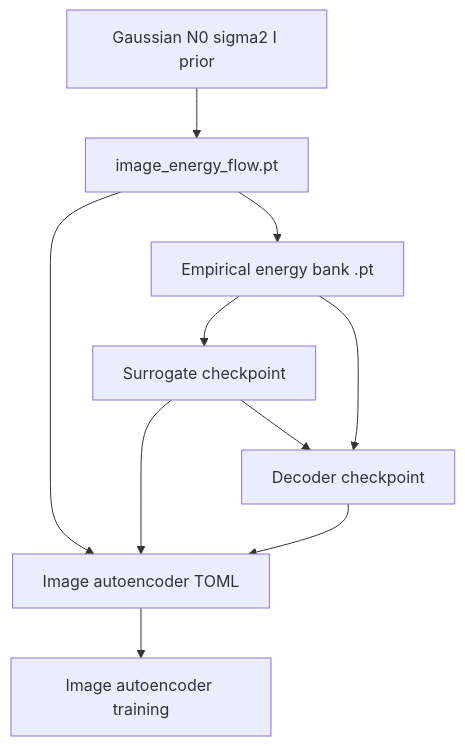
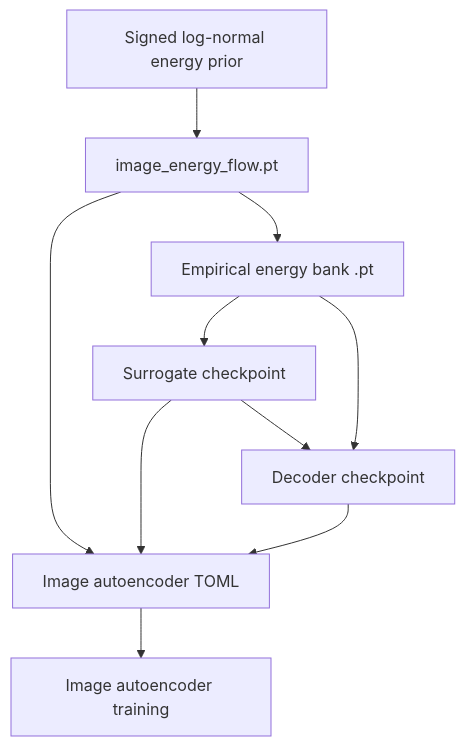
The third of 5 diagrams in doc/training-stack.md (matovitch/lpap), drawn with Mermaid before and after one commit. The commit also changed other lines of this file and 15 other files, not shown here.

First line of the commit message:
Use a signed log-normal energy prior for image_energy_flow.

````diff
--- a/doc/training-stack.md
+++ b/doc/training-stack.md
@@ -70,19 +70,19 @@
 ```mermaid
 flowchart TD
-    gaussian[Gaussian N0 sigma2 I prior]
+    prior[Signed log-normal energy prior]
     flow_ckpt[image_energy_flow.pt]
     energy_bank[Empirical energy bank .pt]
     surrogate_ckpt[Surrogate checkpoint]
     decoder_ckpt[Decoder checkpoint]
     image_autoencoder_config[Image autoencoder TOML]
 
-    gaussian --> flow_ckpt
+    prior --> flow_ckpt
     flow_ckpt --> energy_bank
     energy_bank --> surrogate_ckpt
     surrogate_ckpt --> decoder_ckpt
     energy_bank --> decoder_ckpt
     flow_ckpt --> image_autoencoder_config
     surrogate_ckpt --> image_autoencoder_config
     decoder_ckpt --> image_autoencoder_config
     image_autoencoder_config --> image_autoencoder[Image autoencoder training]
 ```
````
